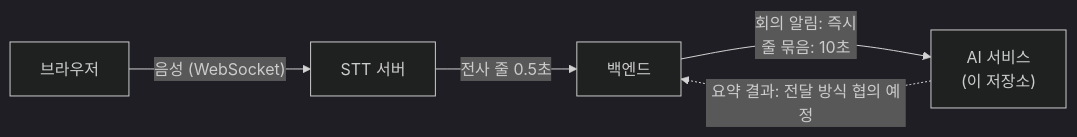
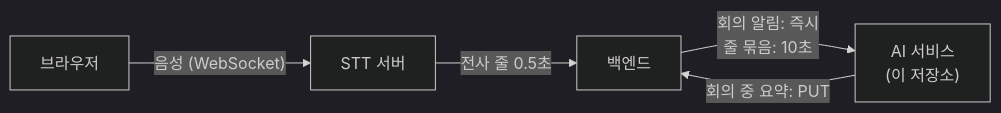
The diagram in README.md (nineOuting/nineouting-ai-service), drawn with Mermaid (dark theme) before and after one commit. The commit also changed other lines of this file and 14 other files, not shown here.

````diff
--- a/README.md
+++ b/README.md
@@ -11,7 +11,7 @@
 ```mermaid
 flowchart LR
     A["브라우저"] -->|"음성 (WebSocket)"| B["STT 서버"]
     B -->|"전사 줄 0.5초"| C["백엔드"]
     C -->|"회의 알림: 즉시<br>줄 묶음: 10초"| D["AI 서비스<br>(이 저장소)"]
-    D -.->|"요약 결과: 전달 방식 협의 예정"| C
+    D -->|"회의 중 요약: PUT"| C
 ```
````
